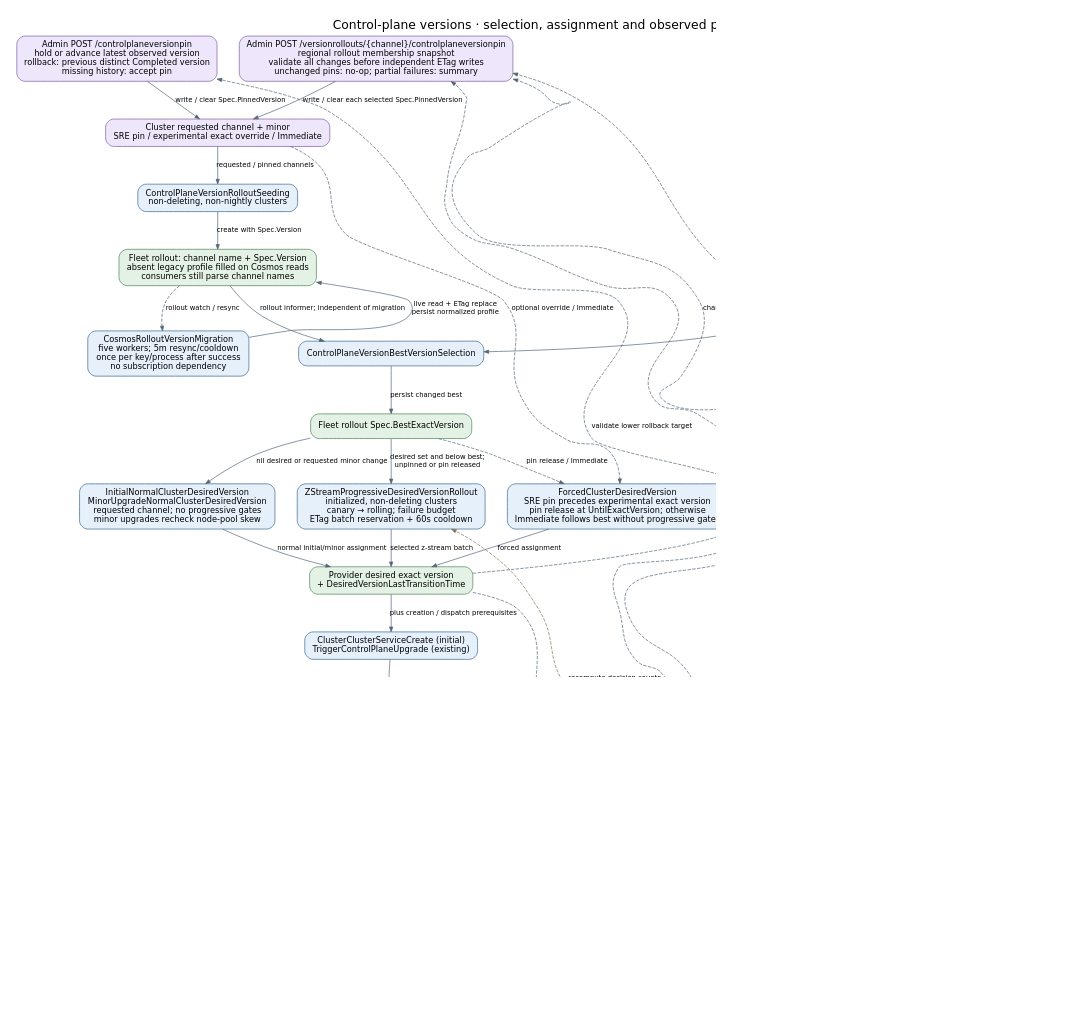
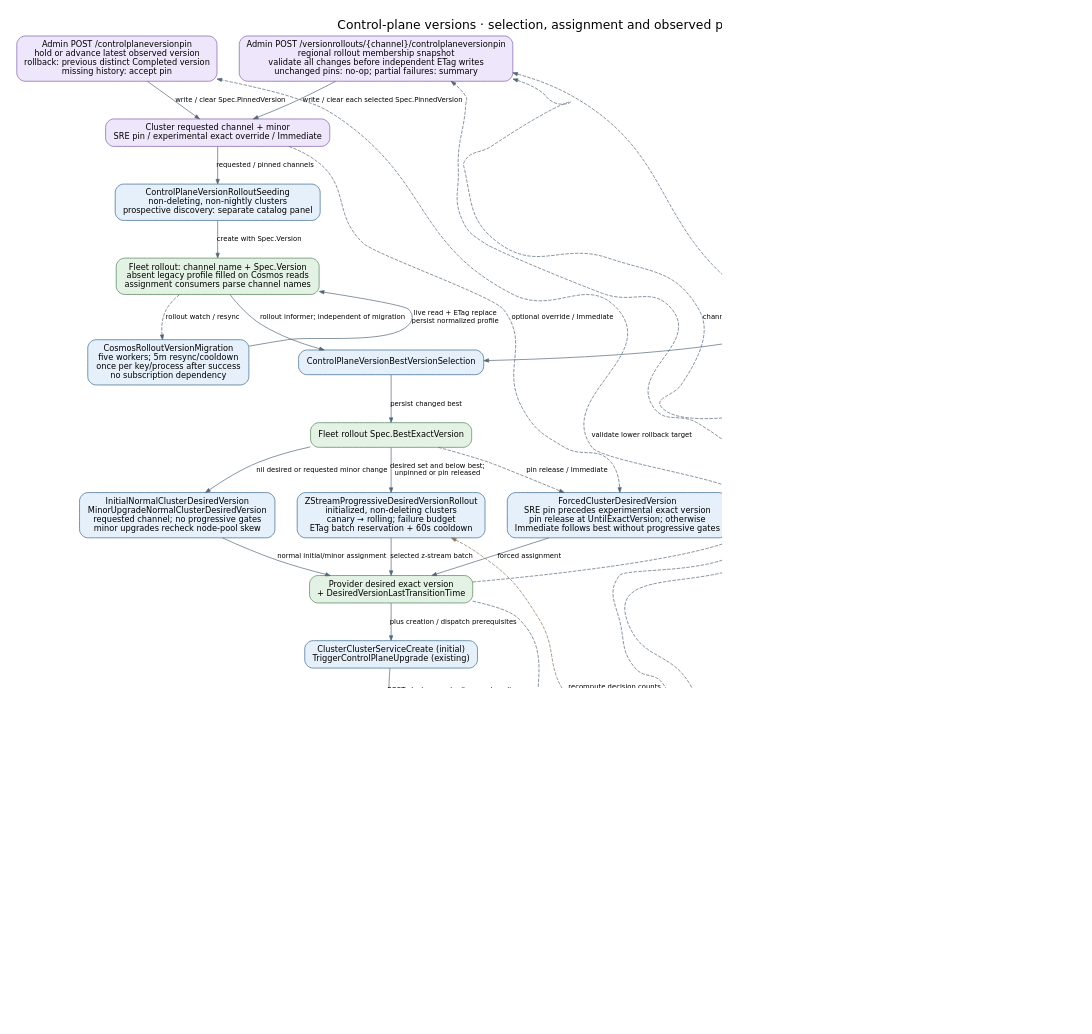
One commit to Azure/ARO-HCP changed the diagram in docs/generated/diagrams/controller-flows/control-plane-version-rollout.dot. Above: the diagram before and after it, drawn with Graphviz. The commit also changed 24 other files, not shown here.

Commit message:
docs: reconcile manifest delivery with disabled Maestro agent

```diff
--- a/docs/generated/diagrams/controller-flows/control-plane-version-rollout.dot
+++ b/docs/generated/diagrams/controller-flows/control-plane-version-rollout.dot
@@ -1,54 +1,54 @@
 digraph control_plane_version_rollout {
   graph [rankdir=TB, bgcolor="white", pad="0.3", nodesep="0.45", ranksep="0.6", fontname="DejaVu Sans", fontsize=18, labelloc=t, label="Control-plane versions · selection, assignment and observed progress", dpi=110];
   node [shape=box, style="rounded,filled", fillcolor="#e6f0fa", color="#35648a", fontname="DejaVu Sans", fontsize=12, margin="0.16,0.10"];
   edge [color="#536577", fontname="DejaVu Sans", fontsize=10, arrowsize=0.7];
   request [label="Cluster requested channel + minor\nSRE pin / experimental exact override / Immediate", fillcolor="#eee7fb", color="#7b59a4"];
   pin [label="Admin POST /controlplaneversionpin\nhold or advance latest observed version\nrollback: previous distinct Completed version\nmissing history: accept pin", fillcolor="#eee7fb", color="#7b59a4"];
   fleetpin [label="Admin POST /versionrollouts/{channel}/controlplaneversionpin\nregional rollout membership snapshot\nvalidate all changes before independent ETag writes\nunchanged pins: no-op; partial failures: summary", fillcolor="#eee7fb", color="#7b59a4"];
   actual [label="ActualHostedCluster controller\n→ provider Status.ControlPlaneVersionHistory\nfull observed control-plane history"];
-  seed [label="ControlPlaneVersionRolloutSeeding\nnon-deleting, non-nightly clusters"];
-  rollout [label="Fleet rollout: channel name + Spec.Version\nabsent legacy profile filled on Cosmos reads\nconsumers still parse channel names", fillcolor="#e4f2e5", color="#4c8053"];
+  seed [label="ControlPlaneVersionRolloutSeeding\nnon-deleting, non-nightly clusters\nprospective discovery: separate catalog panel"];
+  rollout [label="Fleet rollout: channel name + Spec.Version\nabsent legacy profile filled on Cosmos reads\nassignment consumers parse channel names", fillcolor="#e4f2e5", color="#4c8053"];
   migration [label="CosmosRolloutVersionMigration\nfive workers; 5m resync/cooldown\nonce per key/process after success\nno subscription dependency"];
   best [label="ControlPlaneVersionBestVersionSelection"];
   updategraph [label="OpenShift update graph\nstable offset 1; other channels offset 0\nrecency only; risk filtering is a follow-up", fillcolor="#fff0da", color="#b27624"];
   target [label="Fleet rollout Spec.BestExactVersion", fillcolor="#e4f2e5", color="#4c8053"];
   initial [label="InitialNormalClusterDesiredVersion\nMinorUpgradeNormalClusterDesiredVersion\nrequested channel; no progressive gates\nminor upgrades recheck node-pool skew"];
   normal [label="ZStreamProgressiveDesiredVersionRollout\ninitialized, non-deleting clusters\ncanary → rolling; failure budget\nETag batch reservation + 60s cooldown"];
   forced [label="ForcedClusterDesiredVersion\nSRE pin precedes experimental exact version\npin release at UntilExactVersion; otherwise\nImmediate follows best without progressive gates"];
   desired [label="Provider desired exact version\n+ DesiredVersionLastTransitionTime", fillcolor="#e4f2e5", color="#4c8053"];
   dispatch [label="ClusterClusterServiceCreate (initial)\nTriggerControlPlaneUpgrade (existing)"];
-  external [label="Cluster Service / Maestro / HyperShift\nexternal control-plane convergence", fillcolor="#fff0da", color="#b27624"];
+  external [label="Cluster Service / HyperShift / Kubernetes\nexternal control-plane convergence\nmanifest delivery: separate boundary panel", fillcolor="#fff0da", color="#b27624"];
   observe [label="ReadDesireKubernetesController\n→ ControlPlaneActiveVersions"];
   history [label="Provider active versions + transition times\nCompleted entry confirms achieved version", fillcolor="#e4f2e5", color="#4c8053"];
-  status [label="ControlPlaneVersionStatusCollector\nexclude missing / deleting clusters\naggregate counts; no assignments"];
+  status [label="ControlPlaneVersionStatusCollector\nupgrade maps exclude missing / deleting clusters\nreference count INCLUDES deletion; see catalog panel"];
   counts [label="Fleet status: desired / mismatched / failed\nachieved / successful\nsuccess age > 1h; mismatch timeout > 2h default", fillcolor="#e4f2e5", color="#4c8053"];
   request -> seed [label="requested / pinned channels"];
   pin -> request [label="write / clear Spec.PinnedVersion"];
   fleetpin -> request [label="write / clear each selected Spec.PinnedVersion"];
   actual -> fleetpin [label="validate changed rollback pins", style=dashed, constraint=false];
   desired -> fleetpin [label="channel membership", style=dashed, constraint=false];
   history -> fleetpin [label="membership fallback only", style=dashed, constraint=false];
   seed -> rollout [label="create with Spec.Version"];
   rollout -> best [label="rollout informer; independent of migration"];
   rollout -> migration [label="rollout watch / resync", style=dashed];
   migration -> rollout [label="live read + ETag replace\npersist normalized profile", constraint=false];
   updategraph -> best [label="selectable version + configured floor"];
   best -> target [label="persist changed best"];
   target -> initial [label="nil desired or requested minor change"];
   target -> normal [label="desired set and below best;\nunpinned or pin released"];
   target -> forced [label="pin release / Immediate", style=dashed];
   request -> forced [label="optional override / Immediate", style=dashed, constraint=false];
   initial -> desired [label="normal initial/minor assignment"];
   normal -> desired [label="selected z-stream batch"];
   forced -> desired [label="forced assignment"];
   desired -> dispatch [label="plus creation / dispatch prerequisites"];
   dispatch -> external [label="POST cluster or submit upgrade policy"];
   external -> observe [label="mirrored HostedCluster history"];
   external -> actual [label="ReadDesire HostedCluster mirror", style=dashed];
   actual -> pin [label="validate lower rollback target", style=dashed, constraint=false];
   observe -> history [label="record observed state"];
   history -> status [label="completed version + age"];
   desired -> status [label="membership + target + age", style=dashed, constraint=false];
-  status -> counts [label="persist only changed aggregates"];
+  status -> counts [label="persist changed counts + reference inventory"];
   history -> normal [label="recompute decision counts\nfrom provider snapshot", style=dashed, color="#857456", constraint=false];
 }
```
